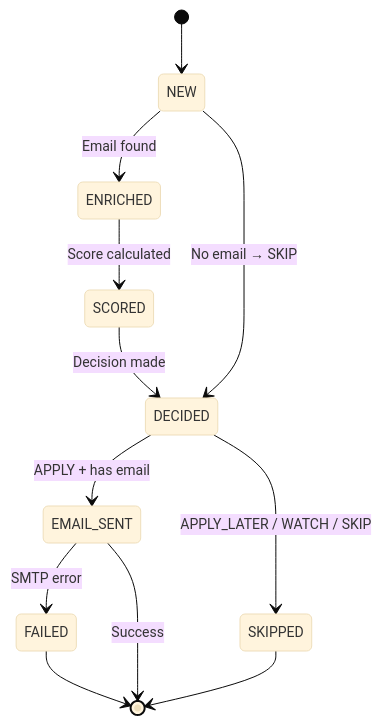
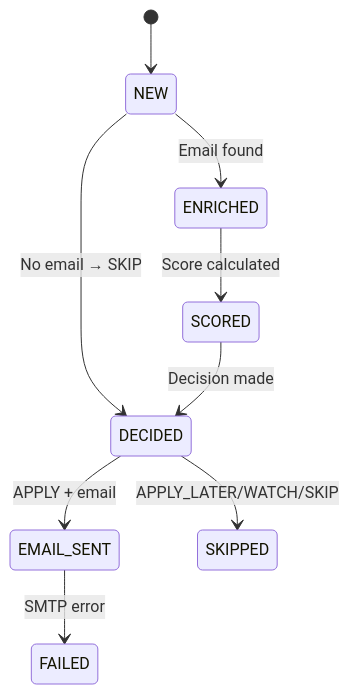
Before and after one commit to FiscalMindset/job: the sixth of 8 diagrams in ARCHITECTURE.md, drawn with Mermaid. The commit also changed other lines of this file, not shown here.

First line of the commit message:
docs: reorganize ARCHITECTURE.md into collapsible tabbed sections

````diff
--- a/ARCHITECTURE.md
+++ b/ARCHITECTURE.md
@@ -539,17 +351,11 @@
 ```mermaid
-%%{init: {'theme': 'base', 'themeVariables': { 'fontSize': '14px'}}}%%
 stateDiagram-v2
     [*] --> NEW
     NEW --> ENRICHED: Email found
     NEW --> DECIDED: No email → SKIP
     ENRICHED --> SCORED: Score calculated
     SCORED --> DECIDED: Decision made
-    DECIDED --> EMAIL_SENT: APPLY + has email
-    DECIDED --> SKIPPED: APPLY_LATER / WATCH / SKIP
-    
+    DECIDED --> EMAIL_SENT: APPLY + email
+    DECIDED --> SKIPPED: APPLY_LATER/WATCH/SKIP
     EMAIL_SENT --> FAILED: SMTP error
-    EMAIL_SENT --> [*]: Success
-    
-    SKIPPED --> [*]
-    FAILED --> [*]
 ```
````
